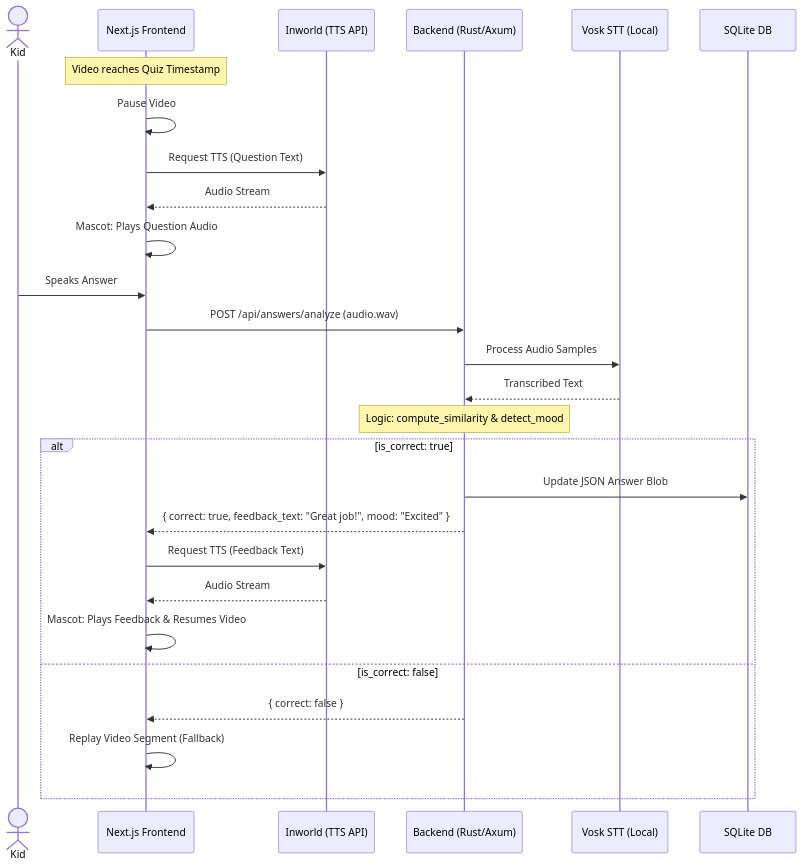
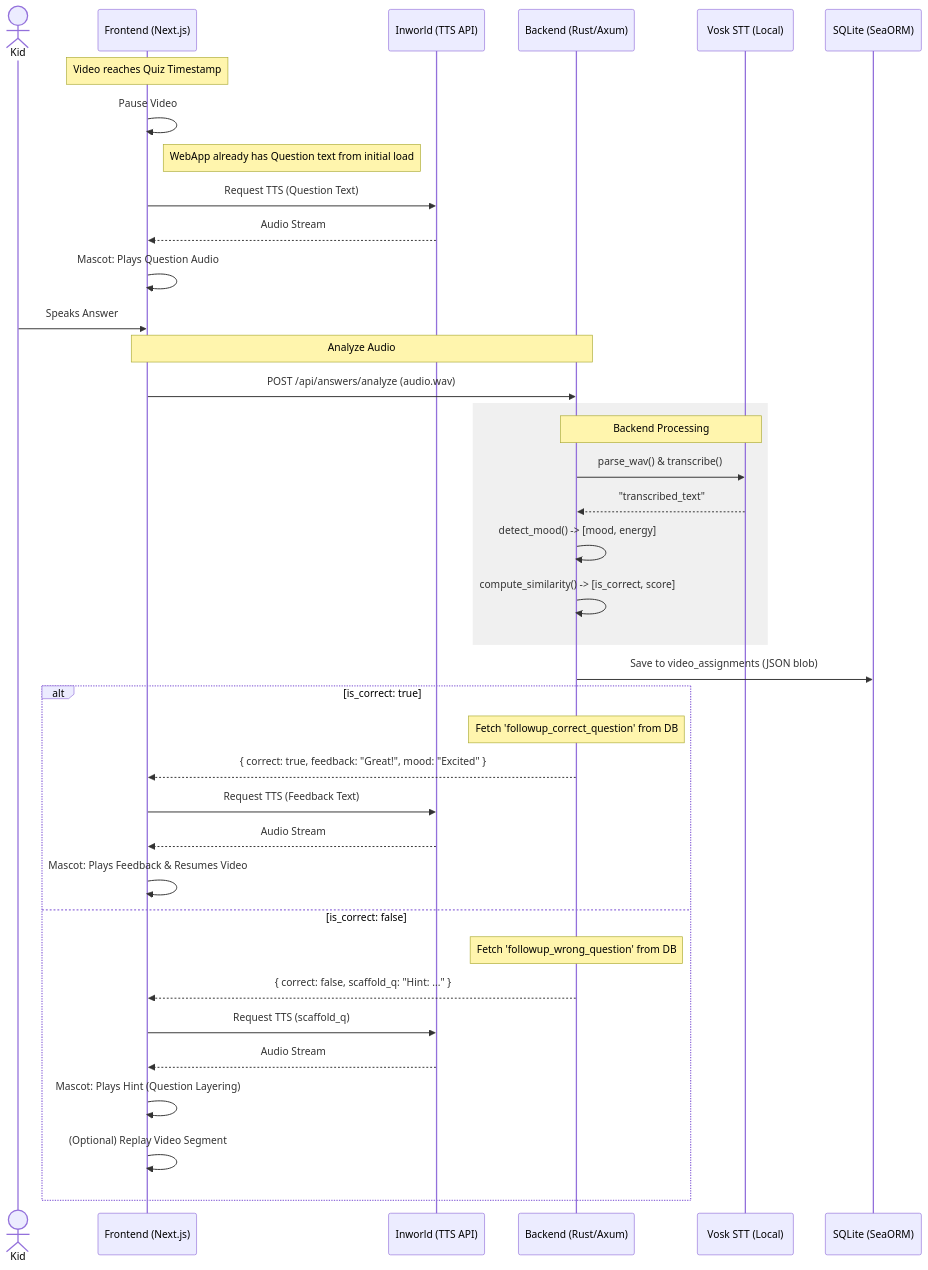
The third of 5 diagrams in documentation/docs/system-architecture/sequence-diagrams.md (Capstone-Projects-2026-spring/piggyback-learning-2), drawn with Mermaid before and after one commit.

Commit message:
Update sequence diagram for quiz question answering

````diff
--- a/documentation/docs/system-architecture/sequence-diagrams.md
+++ b/documentation/docs/system-architecture/sequence-diagrams.md
@@ -70,35 +70,47 @@
 ```mermaid
 sequenceDiagram
     actor Kid
-    participant WebApp as Next.js Frontend
+    participant WebApp as Frontend (Next.js) 
     participant Inworld as Inworld (TTS API)
     participant API as Backend (Rust/Axum)
     participant Vosk as Vosk STT (Local)
-    participant DB as SQLite DB
+    participant DB as SQLite (SeaORM)
 
     Note over WebApp: Video reaches Quiz Timestamp
     WebApp->>WebApp: Pause Video
     
+    Note right of WebApp: WebApp already has Question text from initial load
     WebApp->>Inworld: Request TTS (Question Text)
     Inworld-->>WebApp: Audio Stream
     WebApp->>WebApp: Mascot: Plays Question Audio
     
     Kid->>WebApp: Speaks Answer
+    
+    Note over WebApp, API: Analyze Audio
     WebApp->>API: POST /api/answers/analyze (audio.wav)
     
-    API->>Vosk: Process Audio Samples
-    Vosk-->>API: Transcribed Text
+    rect rgb(240, 240, 240)
+        Note over API, Vosk: Backend Processing
+        API->>Vosk: parse_wav() & transcribe()
+        Vosk-->>API: "transcribed_text"
+        API->>API: detect_mood() -> [mood, energy]
+        API->>API: compute_similarity() -> [is_correct, score]
+    end
     
-    Note over API: Logic: compute_similarity & detect_mood
+    API->>DB: Save to video_assignments (JSON blob)
     
     alt is_correct: true
-        API->>DB: Update JSON Answer Blob
-        API-->>WebApp: { correct: true, feedback_text: "Great job!", mood: "Excited" }
+        Note over API: Fetch 'followup_correct_question' from DB
+        API-->>WebApp: { correct: true, feedback: "Great!", mood: "Excited" }
         WebApp->>Inworld: Request TTS (Feedback Text)
         Inworld-->>WebApp: Audio Stream
         WebApp->>WebApp: Mascot: Plays Feedback & Resumes Video
     else is_correct: false
-        API-->>WebApp: { correct: false }
-        WebApp->>WebApp: Replay Video Segment (Fallback)
+        Note over API: Fetch 'followup_wrong_question' from DB
+        API-->>WebApp: { correct: false, scaffold_q: "Hint: ..." }
+        WebApp->>Inworld: Request TTS (scaffold_q)
+        Inworld-->>WebApp: Audio Stream
+        WebApp->>WebApp: Mascot: Plays Hint (Question Layering)
+        WebApp->>WebApp: (Optional) Replay Video Segment
     end
 ```
````
